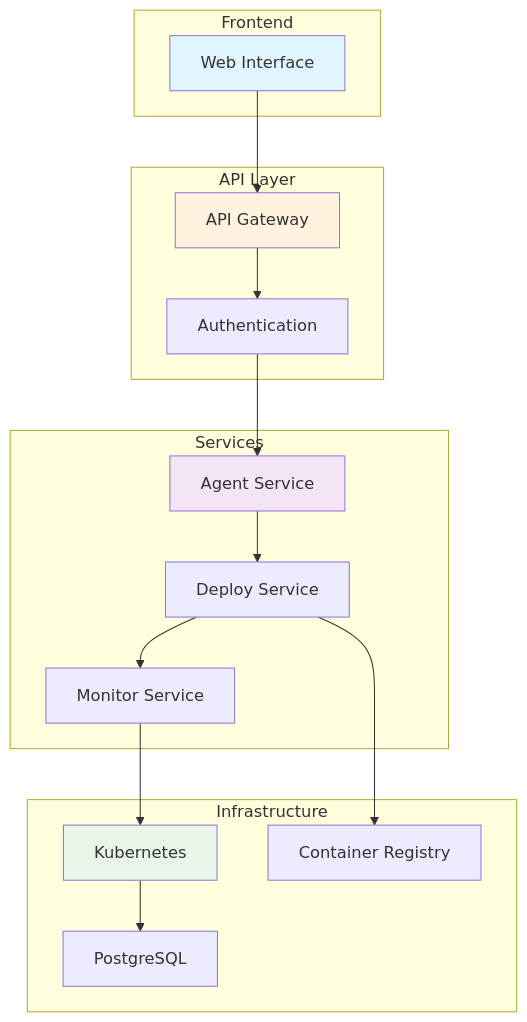
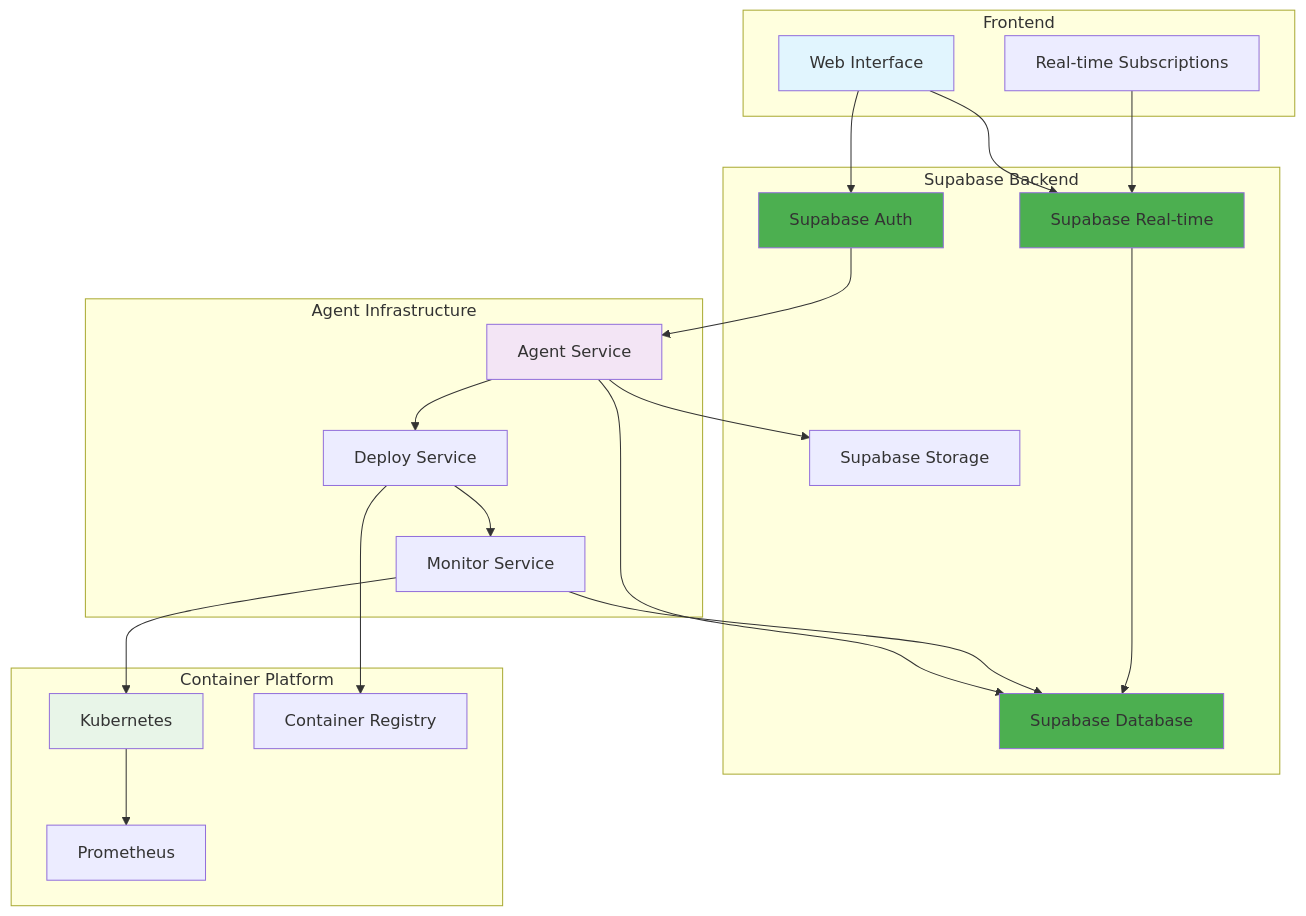
One commit to caelusway/agent-launchpad-infra changed the diagram in docs/index.md. Above: the diagram before and after it, drawn with Mermaid. The commit also changed other lines of this file, not shown here.

Commit message:
supabase and auth updates

````diff
--- a/docs/index.md
+++ b/docs/index.md
@@ -64,37 +64,47 @@
 ```mermaid
 graph TB
     subgraph "Frontend"
         UI[Web Interface]
+        RealTime[Real-time Subscriptions]
     end
     
-    subgraph "API Layer"
-        Gateway[API Gateway]
-        Auth[Authentication]
+    subgraph "Supabase Backend"
+        SupaAuth[Supabase Auth]
+        SupaDB[Supabase Database]
+        SupaStorage[Supabase Storage]
+        SupaRT[Supabase Real-time]
     end
     
-    subgraph "Services"
+    subgraph "Agent Infrastructure"
         Agent[Agent Service]
         Deploy[Deploy Service]
         Monitor[Monitor Service]
     end
     
-    subgraph "Infrastructure"
+    subgraph "Container Platform"
         K8s[Kubernetes]
-        DB[PostgreSQL]
         Registry[Container Registry]
+        Metrics[Prometheus]
     end
     
-    UI --> Gateway
-    Gateway --> Auth
-    Auth --> Agent
+    UI --> SupaAuth
+    UI --> SupaRT
+    RealTime --> SupaRT
+    SupaAuth --> Agent
+    Agent --> SupaDB
     Agent --> Deploy
     Deploy --> Monitor
     Monitor --> K8s
-    K8s --> DB
+    Monitor --> SupaDB
     Deploy --> Registry
+    SupaRT --> SupaDB
+    Agent --> SupaStorage
+    K8s --> Metrics
     
     style UI fill:#e1f5fe
-    style Gateway fill:#fff3e0
+    style SupaAuth fill:#4CAF50
+    style SupaDB fill:#4CAF50
+    style SupaRT fill:#4CAF50
     style Agent fill:#f3e5f5
     style K8s fill:#e8f5e8
 ```
````
